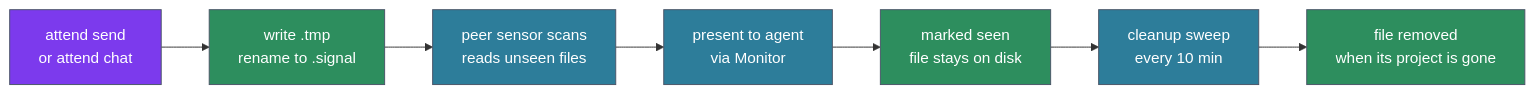
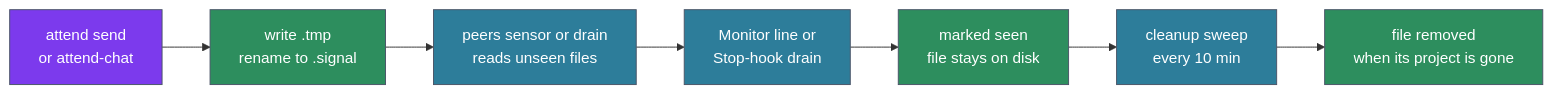
One commit to aaronsb/agent-ways changed the diagram in docs/attend-and-monitor/signals.md. Above: the diagram before and after it, drawn with Mermaid. The commit also changed other lines of this file and 26 other files, not shown here.

First line of the commit message:
docs(attend): bring attend and attend-chat docs in line with the code

````diff
--- a/docs/attend-and-monitor/signals.md
+++ b/docs/attend-and-monitor/signals.md
@@ -99,26 +88,26 @@
 ```mermaid
 flowchart LR
-    Create[attend send<br/>or attend chat]
+    Create[attend send<br/>or attend-chat]
     Write[write .tmp<br/>rename to .signal]
-    Scan[peer sensor scans<br/>reads unseen files]
-    Present[present to agent<br/>via Monitor]
+    Scan[peers sensor or drain<br/>reads unseen files]
+    Present[Monitor line or<br/>Stop-hook drain]
     Seen[marked seen<br/>file stays on disk]
     Cleanup[cleanup sweep<br/>every 10 min]
     Delete[file removed<br/>when its project is gone]
 
     Create --> Write
     Write --> Scan
     Scan --> Present
     Present --> Seen
     Seen --> Cleanup
     Cleanup --> Delete
 
     classDef core fill:#7c3aed,stroke:#4a5568,color:#ffffff
     classDef process fill:#2d7d9a,stroke:#4a5568,color:#ffffff
     classDef store fill:#2d8e5e,stroke:#4a5568,color:#ffffff
 
     class Create core
     class Write,Seen store
     class Scan,Present,Cleanup process
     class Delete store
 ```
````
